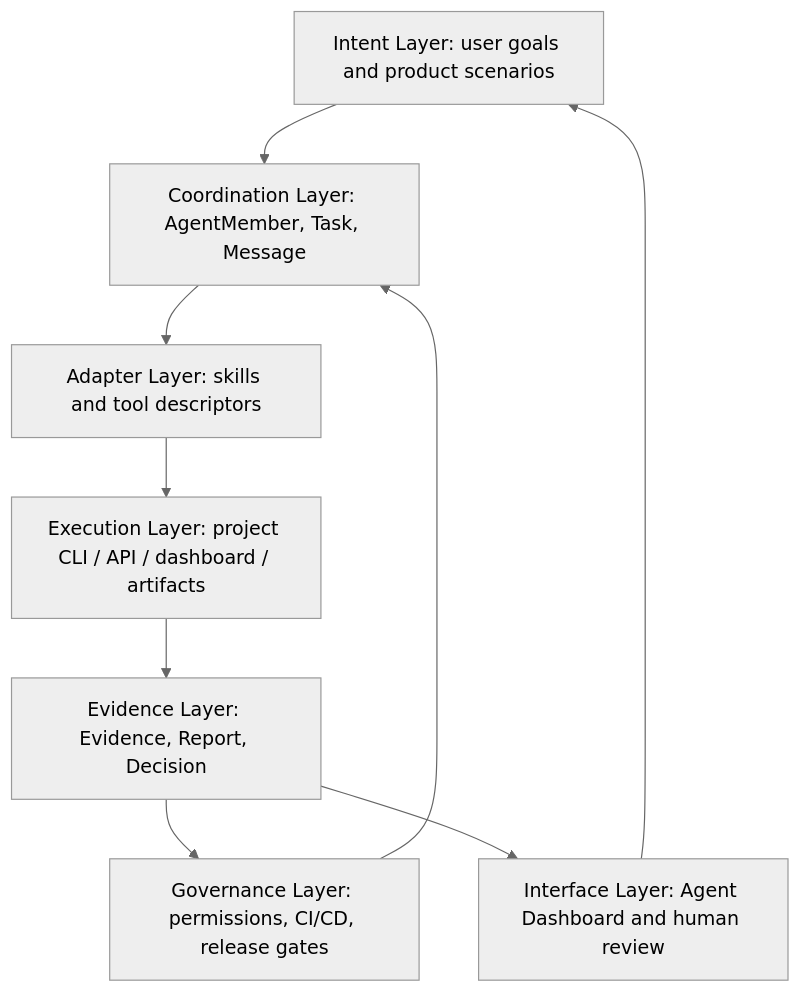
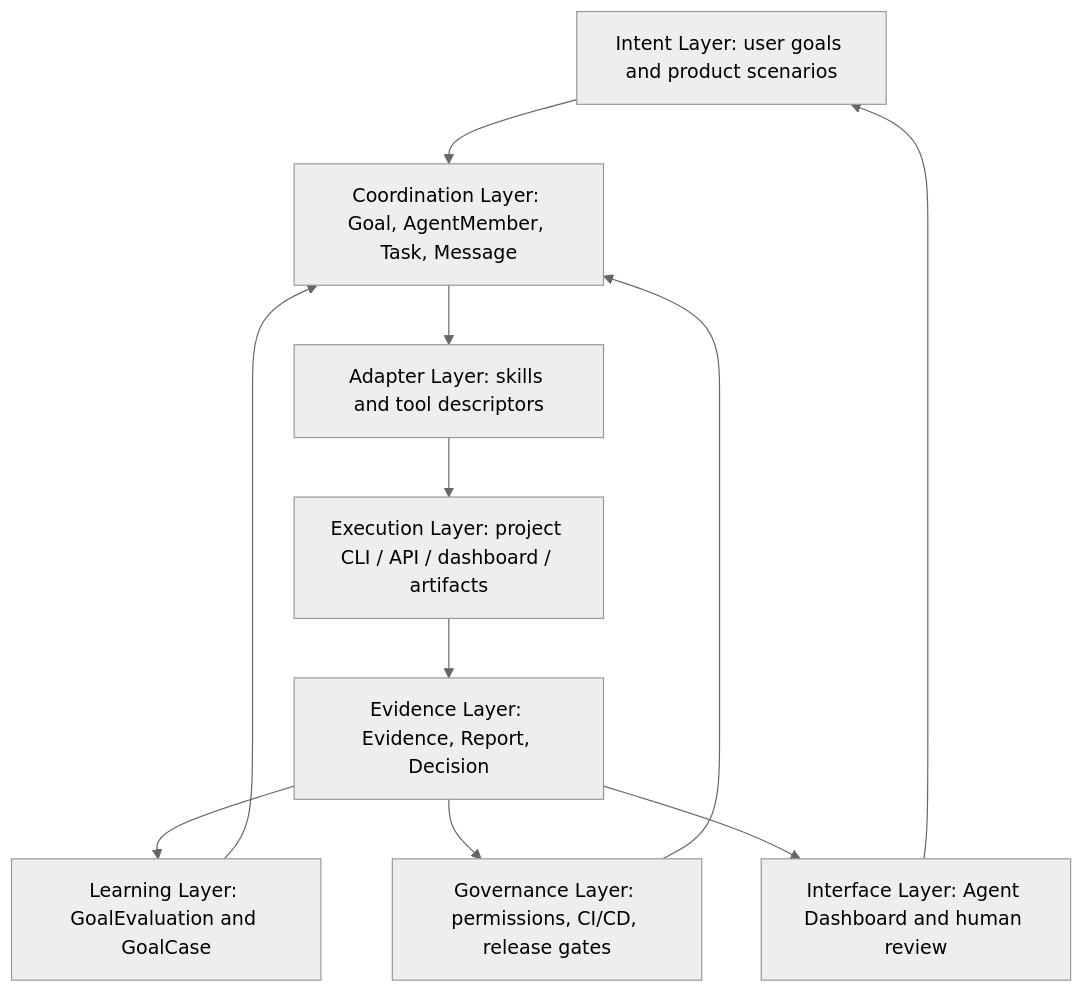
Before and after one commit to cyl19970726/multi-agent-harness: the diagram in docs/design-basis.md, drawn with Mermaid (neutral theme). The commit also changed other lines of this file and 89 other files, not shown here.

````diff
--- a/docs/design-basis.md
+++ b/docs/design-basis.md
@@ -23,19 +23,22 @@
 ```mermaid
 flowchart TD
   Intent[Intent Layer: user goals and product scenarios]
-  Coordination[Coordination Layer: AgentMember, Task, Message]
+  Coordination[Coordination Layer: Goal, AgentMember, Task, Message]
   Adapter[Adapter Layer: skills and tool descriptors]
   Execution[Execution Layer: project CLI / API / dashboard / artifacts]
   Evidence[Evidence Layer: Evidence, Report, Decision]
+  Learning[Learning Layer: GoalEvaluation and GoalCase]
   Governance[Governance Layer: permissions, CI/CD, release gates]
   Interface[Interface Layer: Agent Dashboard and human review]
 
   Intent --> Coordination
   Coordination --> Adapter
   Adapter --> Execution
   Execution --> Evidence
+  Evidence --> Learning
+  Learning --> Coordination
   Evidence --> Governance
   Evidence --> Interface
   Governance --> Coordination
   Interface --> Intent
 ```
````
